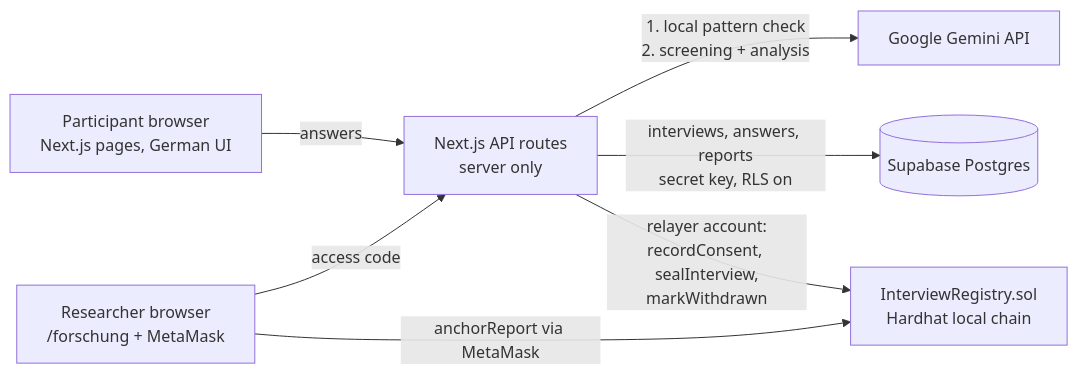
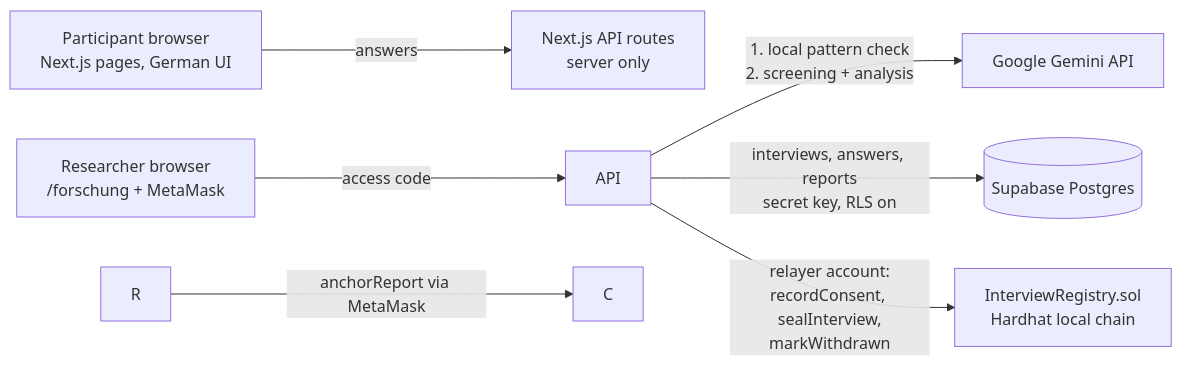
One commit to ttsigopoulos-cyber/repo changed the diagram in README.md. Above: the diagram before and after it, drawn with Mermaid. The commit also changed other lines of this file and 14 other files, not shown here.

````diff
--- a/README.md
+++ b/README.md
@@ -32,9 +32,9 @@
 ```mermaid
 flowchart LR
-  P[Participant browser<br/>Next.js pages, German UI] -->|answers| API[Next.js API routes<br/>server only]
-  R[Researcher browser<br/>/forschung + MetaMask] -->|access code| API
-  API -->|1. local pattern check<br/>2. screening + analysis| G[Google Gemini API]
-  API -->|interviews, answers, reports<br/>secret key, RLS on| S[(Supabase Postgres)]
-  API -->|relayer account:<br/>recordConsent, sealInterview,<br/>markWithdrawn| C[InterviewRegistry.sol<br/>Hardhat local chain]
+  P\[Participant browser<br/>Next.js pages, German UI] -->|answers| API\[Next.js API routes<br/>server only]
+  R\[Researcher browser<br/>/forschung + MetaMask] -->|access code| API
+  API -->|1. local pattern check<br/>2. screening + analysis| G\[Google Gemini API]
+  API -->|interviews, answers, reports<br/>secret key, RLS on| S\[(Supabase Postgres)]
+  API -->|relayer account:<br/>recordConsent, sealInterview,<br/>markWithdrawn| C\[InterviewRegistry.sol<br/>Hardhat local chain]
   R -->|anchorReport via MetaMask| C
 ```
````
